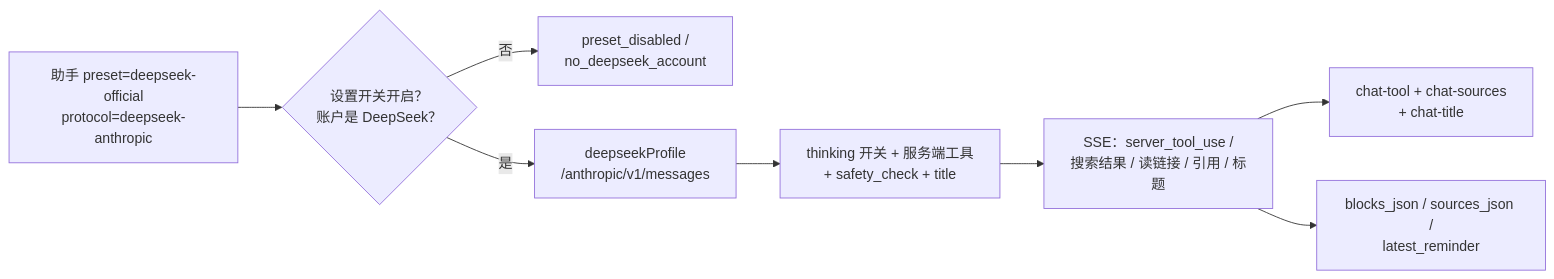
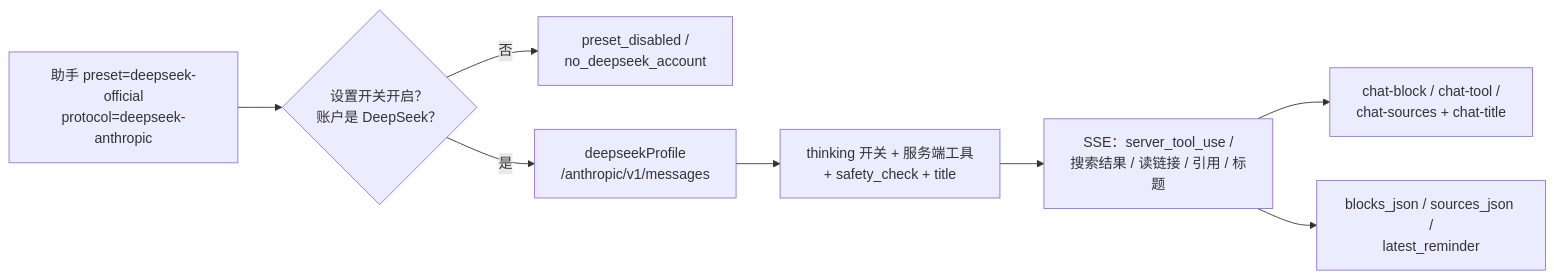
One commit to nas200-timmy/HDSL-WEB changed the fifth of 5 diagrams in docs/architecture/flows/chat.md. Above: the diagram before and after it, drawn with Mermaid. The commit also changed other lines of this file and 4 other files, not shown here.

````diff
--- a/docs/architecture/flows/chat.md
+++ b/docs/architecture/flows/chat.md
@@ -101,10 +101,10 @@
 ```mermaid
 flowchart LR
   role["助手 preset=deepseek-official<br/>protocol=deepseek-anthropic"] --> gate{"设置开关开启？<br/>账户是 DeepSeek？"}
   gate -- 否 --> reject["preset_disabled /<br/>no_deepseek_account"]
   gate -- 是 --> profile["deepseekProfile<br/>/anthropic/v1/messages"]
   profile --> body["thinking 开关 + 服务端工具<br/>+ safety_check + title"]
   body --> stream["SSE：server_tool_use /<br/>搜索结果 / 读链接 / 引用 / 标题"]
-  stream --> ws["chat-tool + chat-sources<br/>+ chat-title"]
+  stream --> ws["chat-block / chat-tool /<br/>chat-sources + chat-title"]
   stream --> store["blocks_json / sources_json /<br/>latest_reminder"]
 ```
````
